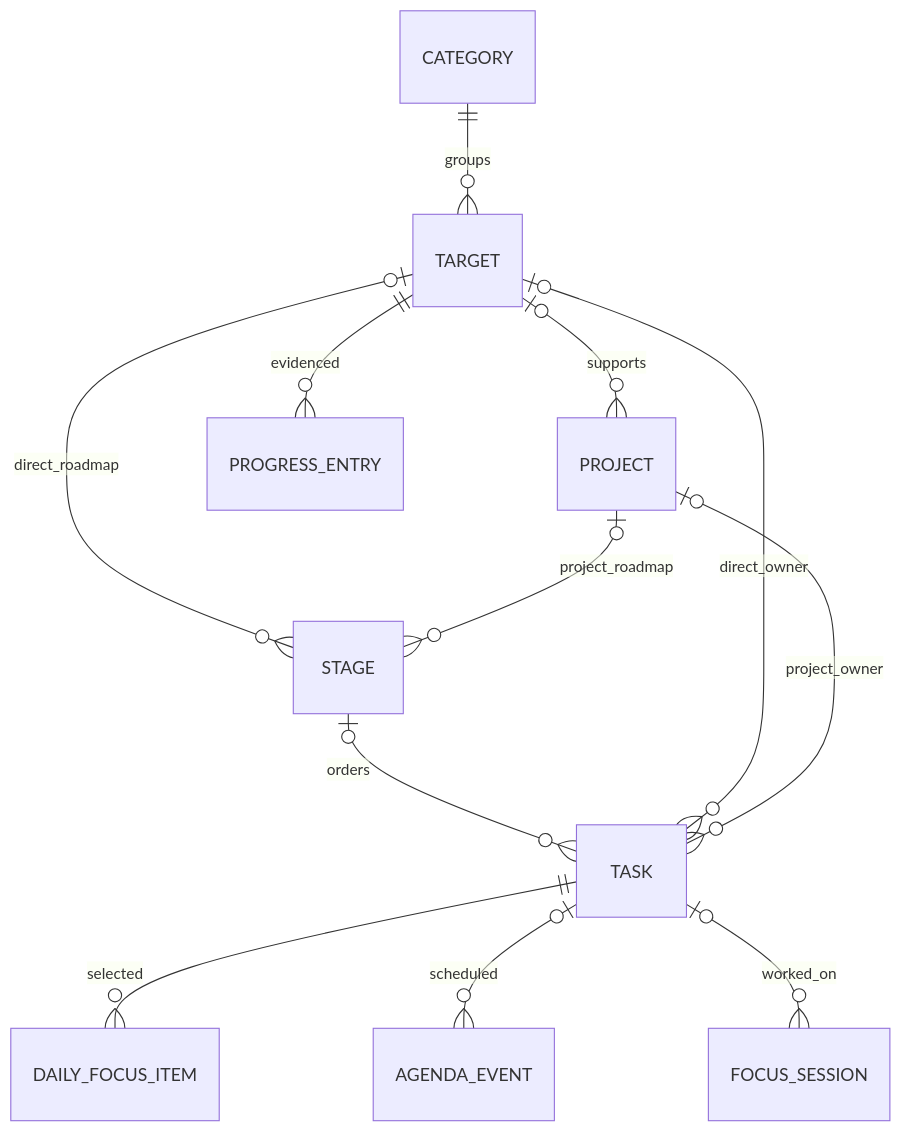
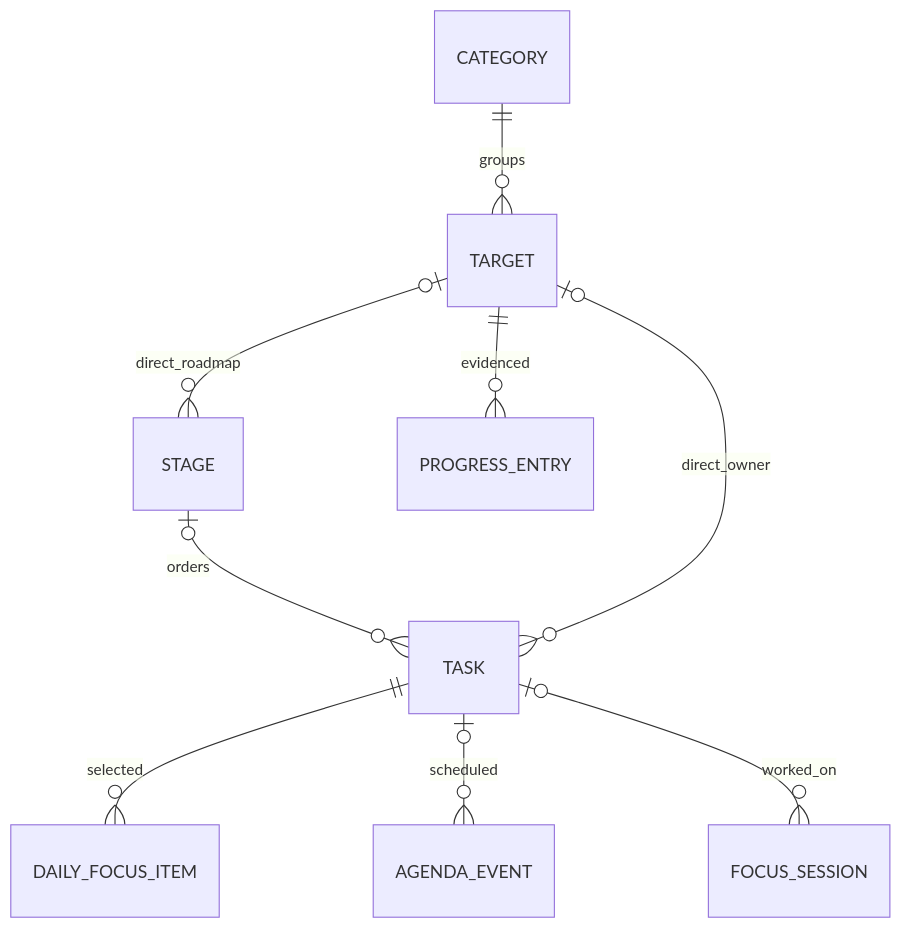
Before and after one commit to Ahmatstia/MyLifeM: the diagram in docs/ARCHITECTURE_V2.md, drawn with Mermaid. The commit also changed other lines of this file and 118 other files, not shown here.

Commit message:
feat: implement v2 architecture with modular features and updated navigation

````diff
--- a/docs/ARCHITECTURE_V2.md
+++ b/docs/ARCHITECTURE_V2.md
@@ -35,14 +37,11 @@
 ```mermaid
 erDiagram
   CATEGORY ||--o{ TARGET : groups
-  TARGET o|--o{ PROJECT : supports
   TARGET o|--o{ STAGE : direct_roadmap
-  PROJECT o|--o{ STAGE : project_roadmap
   STAGE o|--o{ TASK : orders
   TARGET o|--o{ TASK : direct_owner
-  PROJECT o|--o{ TASK : project_owner
   TASK ||--o{ DAILY_FOCUS_ITEM : selected
   TASK o|--o{ AGENDA_EVENT : scheduled
   TASK o|--o{ FOCUS_SESSION : worked_on
   TARGET ||--o{ PROGRESS_ENTRY : evidenced
 ```
````
